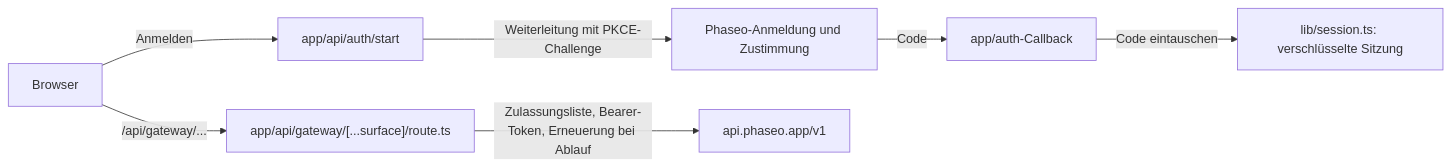
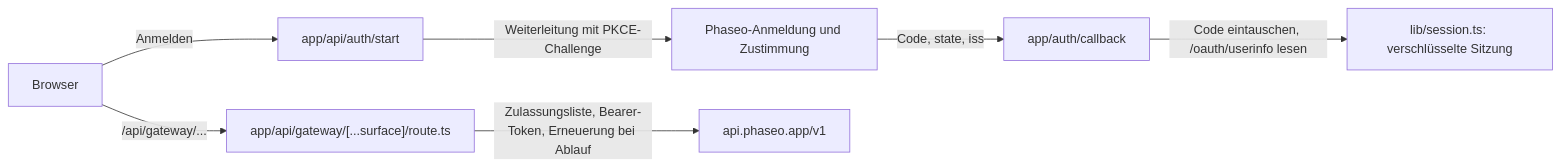
Before and after one commit to phaseoteam/Phaseo: the diagram in apps/docs/de/v1/cookbook/build-an-oauth-nextjs-workbench.mdx, drawn with Mermaid. The commit also changed other lines of this file and 9 other files, not shown here.

````diff
--- a/apps/docs/de/v1/cookbook/build-an-oauth-nextjs-workbench.mdx
+++ b/apps/docs/de/v1/cookbook/build-an-oauth-nextjs-workbench.mdx
@@ -45,9 +45,9 @@
 ```mermaid
 flowchart LR
   browser["Browser"] -->|"Anmelden"| start["app/api/auth/start"]
   start -->|"Weiterleitung mit PKCE-Challenge"| authz["Phaseo-Anmeldung und Zustimmung"]
-  authz -->|"Code"| cb["app/auth-Callback"]
-  cb -->|"Code eintauschen"| sess["lib/session.ts: verschlüsselte Sitzung"]
+  authz -->|"Code, state, iss"| cb["app/auth/callback"]
+  cb -->|"Code eintauschen, /oauth/userinfo lesen"| sess["lib/session.ts: verschlüsselte Sitzung"]
   browser -->|"/api/gateway/..."| proxy["app/api/gateway/[...surface]/route.ts"]
   proxy -->|"Zulassungsliste, Bearer-Token, Erneuerung bei Ablauf"| gw["api.phaseo.app/v1"]
 ```
````
